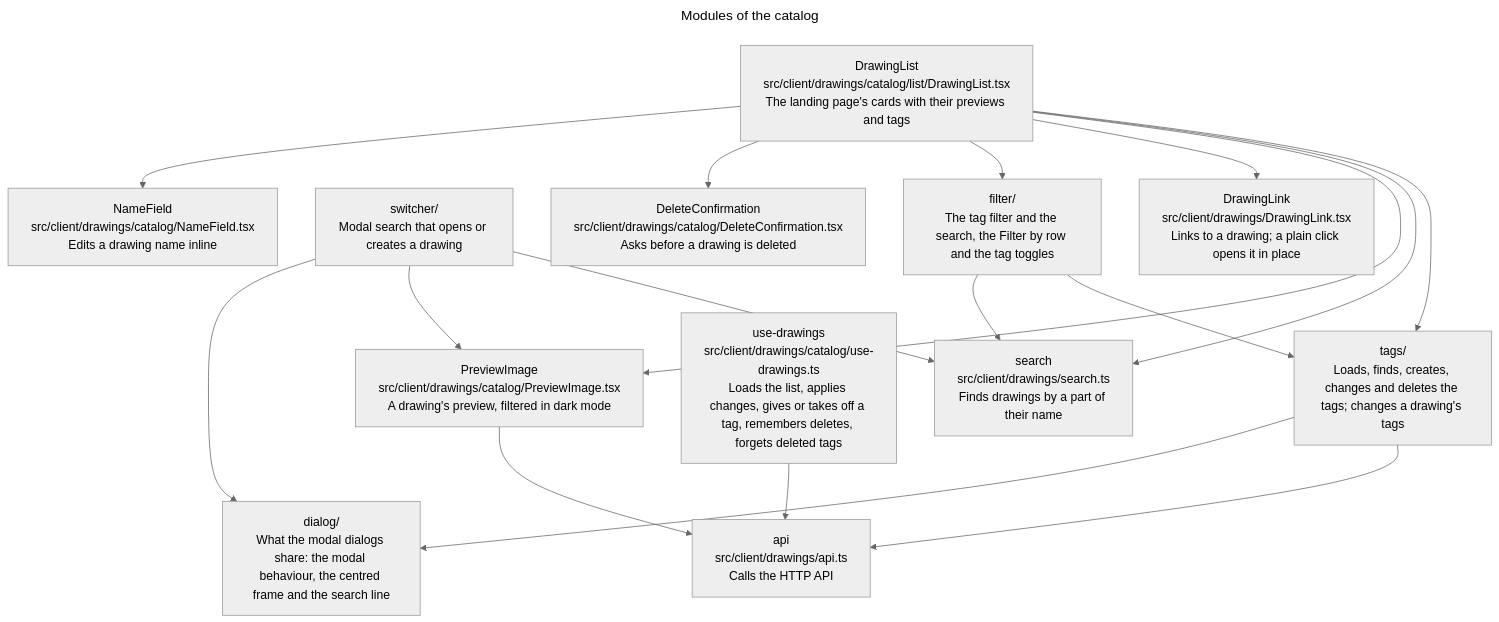
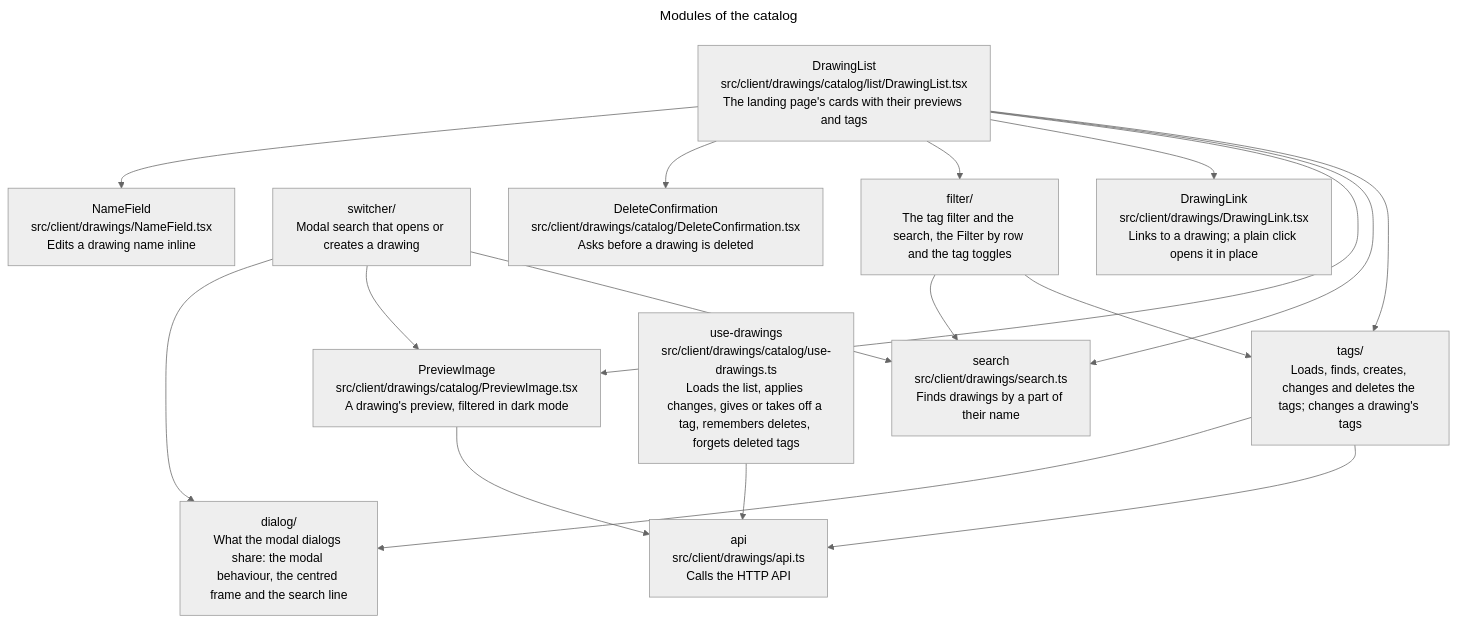
The seventh of 11 diagrams in docs/architecture/architecture.md (remshams/excalidraw-dashboard), drawn with Mermaid (neutral theme) before and after one commit. The commit also changed other lines of this file and 1 other file, not shown here.

Commit message:
docs(Architecture): describe renaming the open drawing from the editor bar

````diff
--- a/docs/architecture/architecture.md
+++ b/docs/architecture/architecture.md
@@ -228,24 +245,24 @@
 ```mermaid
 ---
 title: Modules of the catalog
 ---
 flowchart TD
     list["DrawingList<br>src/client/drawings/catalog/list/DrawingList.tsx<br>The landing page's cards with their previews and tags"]:::module
     filter["filter/<br>The tag filter and the search, the Filter by row and the tag toggles"]:::group
     switcher["switcher/<br>Modal search that opens or creates a drawing"]:::group
     tags["tags/<br>Loads, finds, creates, changes and deletes the tags; changes a drawing's tags"]:::group
     previewImage["PreviewImage<br>src/client/drawings/catalog/PreviewImage.tsx<br>A drawing's preview, filtered in dark mode"]:::module
-    name["NameField<br>src/client/drawings/catalog/NameField.tsx<br>Edits a drawing name inline"]:::module
+    name["NameField<br>src/client/drawings/NameField.tsx<br>Edits a drawing name inline"]:::module
     confirm["DeleteConfirmation<br>src/client/drawings/catalog/DeleteConfirmation.tsx<br>Asks before a drawing is deleted"]:::module
     drawings["use-drawings<br>src/client/drawings/catalog/use-drawings.ts<br>Loads the list, applies changes, gives or takes off a tag, remembers deletes, forgets deleted tags"]:::module
     dialog["dialog/<br>What the modal dialogs share: the modal behaviour, the centred frame and the search line"]:::group
     link["DrawingLink<br>src/client/drawings/DrawingLink.tsx<br>Links to a drawing; a plain click opens it in place"]:::module
     api["api<br>src/client/drawings/api.ts<br>Calls the HTTP API"]:::module
     search["search<br>src/client/drawings/search.ts<br>Finds drawings by a part of their name"]:::module
     list --> name & confirm & filter & link & previewImage & search & tags
     filter --> search & tags
     switcher --> dialog & previewImage & search
     tags --> dialog & api
     previewImage --> api
     drawings --> api
 ```
````
